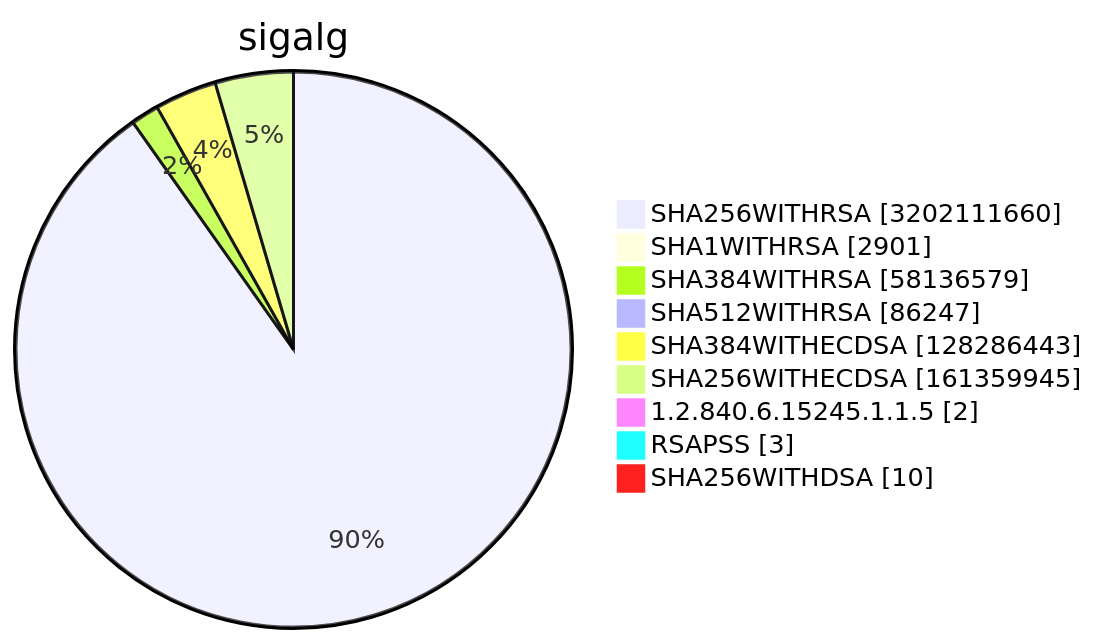
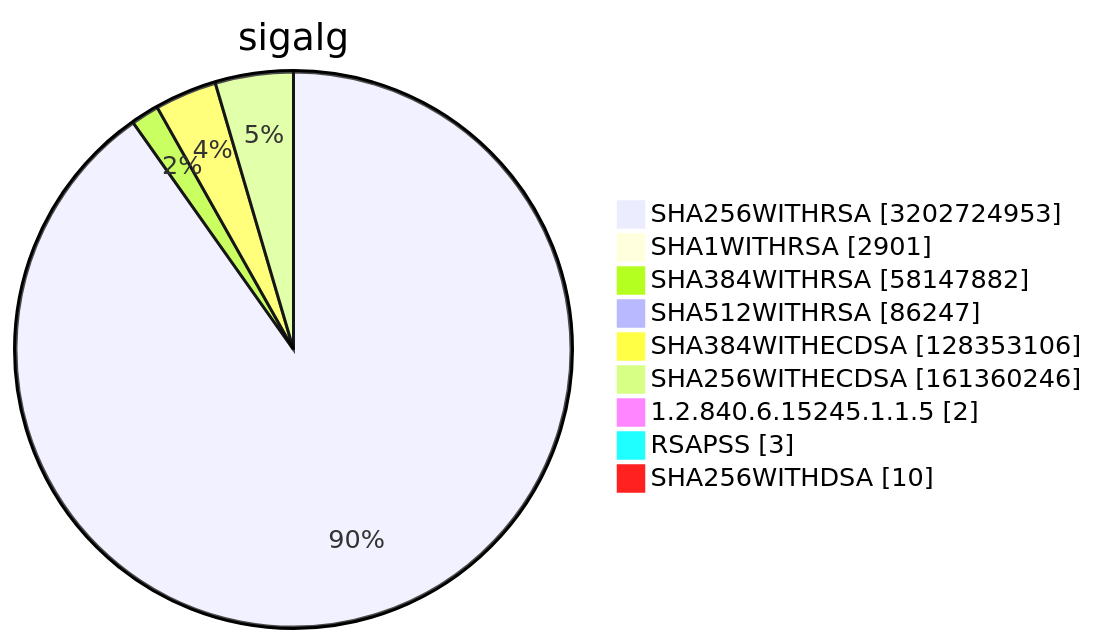
Diagram 15 of 15 in TOTAL/README.md (christiankrug/ctmonitor_visualization), drawn with Mermaid before and after one commit. The commit also changed other lines of this file, not shown here.

````diff
--- a/TOTAL/README.md
+++ b/TOTAL/README.md
@@ -6216,13 +6216,13 @@
 ```mermaid
 pie showData
 title sigalg
-"SHA256WITHRSA" :3202111660
+"SHA256WITHRSA" :3202724953
 "SHA1WITHRSA" :2901
-"SHA384WITHRSA" :58136579
+"SHA384WITHRSA" :58147882
 "SHA512WITHRSA" :86247
-"SHA384WITHECDSA" :128286443
-"SHA256WITHECDSA" :161359945
+"SHA384WITHECDSA" :128353106
+"SHA256WITHECDSA" :161360246
 "1.2.840.6.15245.1.1.5" :2
 "RSAPSS" :3
 "SHA256WITHDSA" :10
 ```
````
